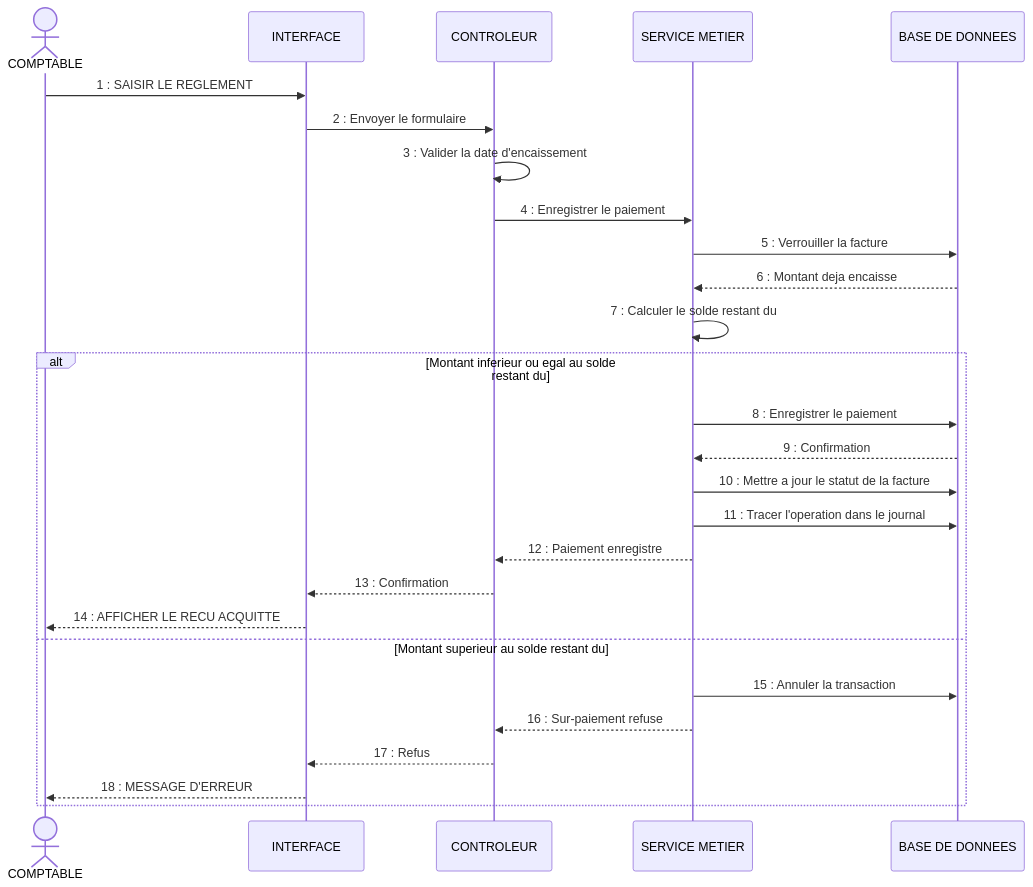
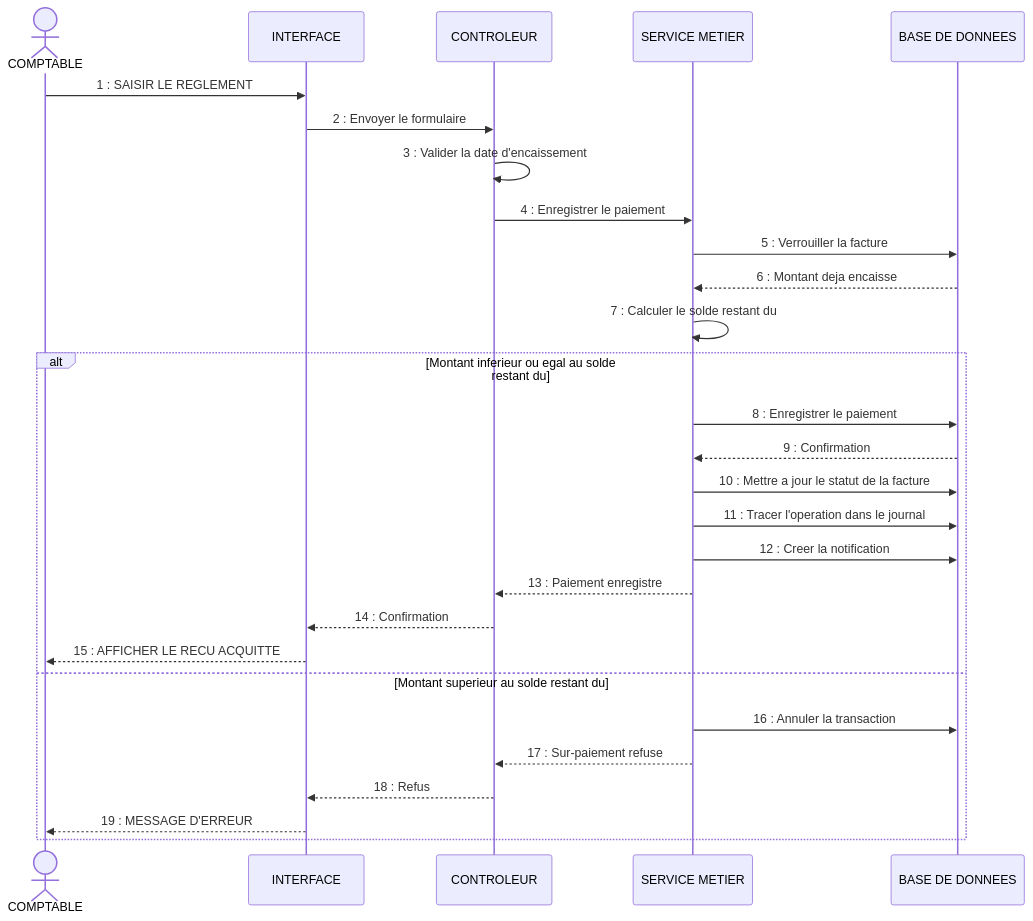
The diagram in docs/diagrammes/03-diagramme-de-sequence.mmd (abdeljabbarlou-bot/fiducialpro), drawn with Mermaid before and after one commit. The commit also changed 8 other files, not shown here.

First line of the commit message:
Diagrammes UML : correction du texte manquant et finition monochrome

```diff
--- a/docs/diagrammes/03-diagramme-de-sequence.mmd
+++ b/docs/diagrammes/03-diagramme-de-sequence.mmd
@@ -1,29 +1,30 @@
 sequenceDiagram
     actor U as COMPTABLE
     participant I as INTERFACE
     participant C as CONTROLEUR
     participant S as SERVICE METIER
     participant BD as BASE DE DONNEES
 
     U->>I: 1 : SAISIR LE REGLEMENT
     I->>C: 2 : Envoyer le formulaire
     C->>C: 3 : Valider la date d'encaissement
     C->>S: 4 : Enregistrer le paiement
     S->>BD: 5 : Verrouiller la facture
     BD-->>S: 6 : Montant deja encaisse
     S->>S: 7 : Calculer le solde restant du
 
     alt Montant inferieur ou egal au solde restant du
         S->>BD: 8 : Enregistrer le paiement
         BD-->>S: 9 : Confirmation
         S->>BD: 10 : Mettre a jour le statut de la facture
         S->>BD: 11 : Tracer l'operation dans le journal
-        S-->>C: 12 : Paiement enregistre
-        C-->>I: 13 : Confirmation
-        I-->>U: 14 : AFFICHER LE RECU ACQUITTE
+        S->>BD: 12 : Creer la notification
+        S-->>C: 13 : Paiement enregistre
+        C-->>I: 14 : Confirmation
+        I-->>U: 15 : AFFICHER LE RECU ACQUITTE
     else Montant superieur au solde restant du
-        S->>BD: 15 : Annuler la transaction
-        S-->>C: 16 : Sur-paiement refuse
-        C-->>I: 17 : Refus
-        I-->>U: 18 : MESSAGE D'ERREUR
+        S->>BD: 16 : Annuler la transaction
+        S-->>C: 17 : Sur-paiement refuse
+        C-->>I: 18 : Refus
+        I-->>U: 19 : MESSAGE D'ERREUR
     end
```
